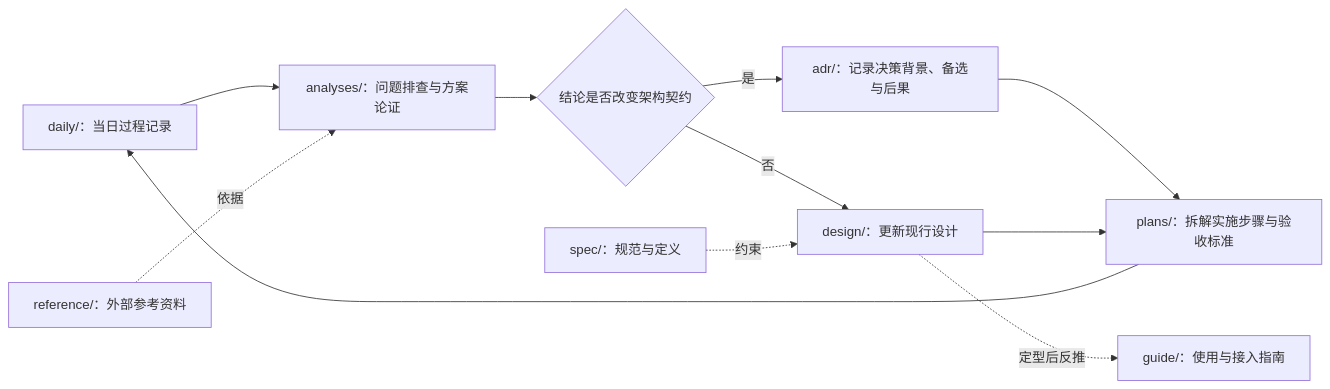
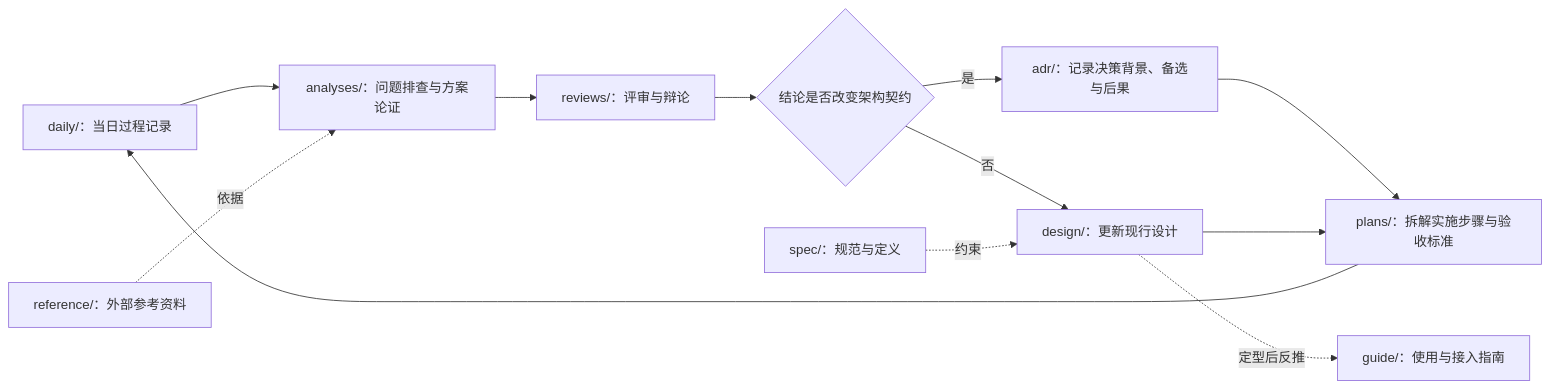
The first of 3 diagrams in docs/README.md (xknife-erian/ImageLyre), drawn with Mermaid before and after one commit. The commit also changed other lines of this file and 3 other files, not shown here.

````diff
--- a/docs/README.md
+++ b/docs/README.md
@@ -91,13 +95,14 @@
 ```mermaid
 flowchart LR
     A["daily/：当日过程记录"] --> B["analyses/：问题排查与方案论证"]
-    B --> C{"结论是否改变架构契约"}
+    B --> RV["reviews/：评审与辩论"]
+    RV --> C{"结论是否改变架构契约"}
     C -- 是 --> D["adr/：记录决策背景、备选与后果"]
     C -- 否 --> E["design/：更新现行设计"]
     D --> F["plans/：拆解实施步骤与验收标准"]
     E --> F
     F --> A
     S["spec/：规范与定义"] -.约束.-> E
     E -.定型后反推.-> G["guide/：使用与接入指南"]
     R["reference/：外部参考资料"] -.依据.-> B
 ```
````
